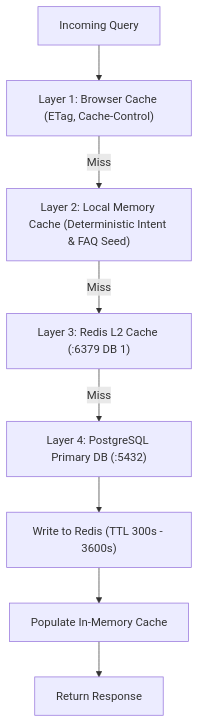
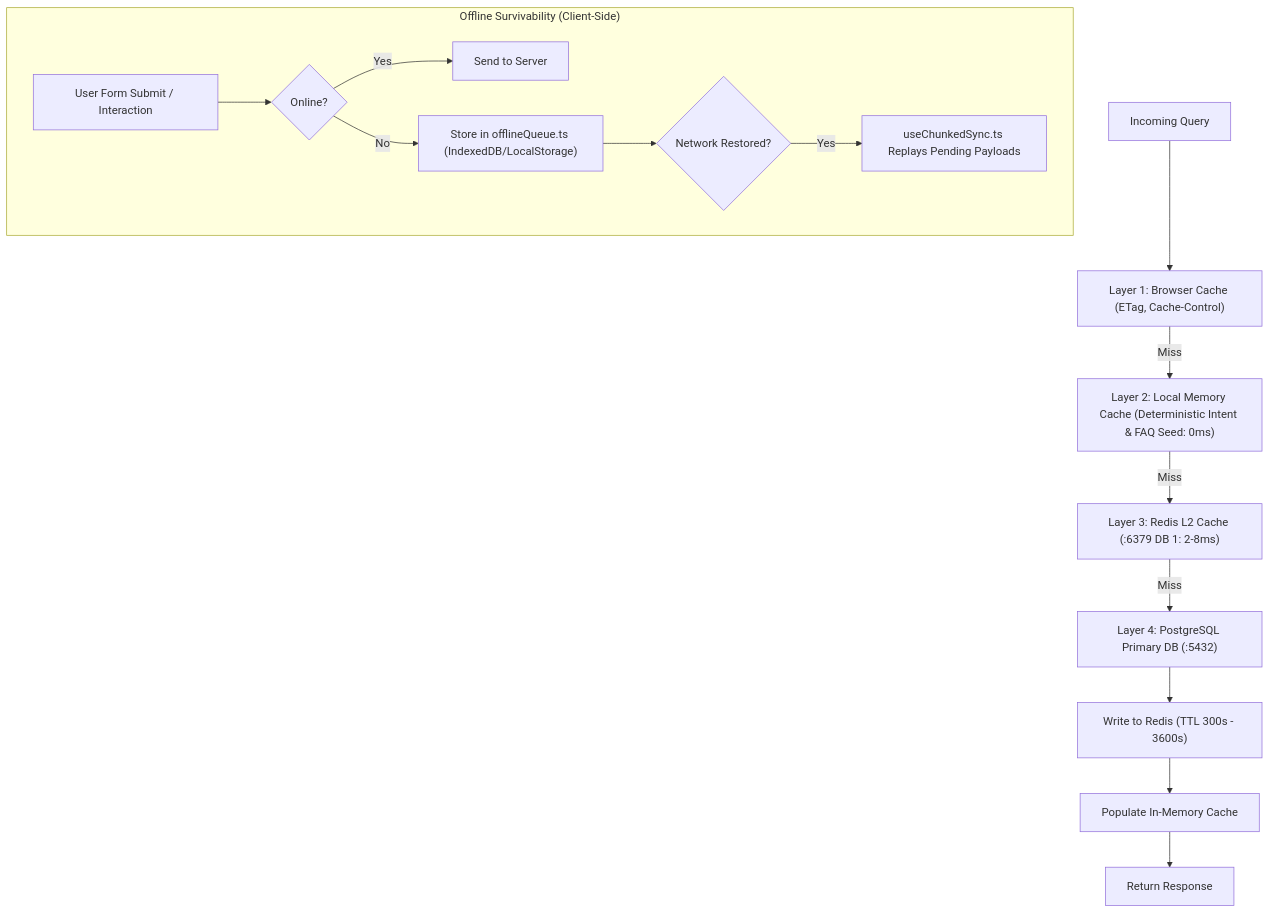
One commit to JMSuico/JRMSULibrary-web-PAGE changed the fourth of 7 diagrams in MASTER_SYSTEM_ARCHITECTURE.md. Above: the diagram before and after it, drawn with Mermaid. The commit also changed other lines of this file and 77 other files, not shown here.

Commit message:
feat: autonomous document knowledge extraction daemon, anti-download canvas protection, authentic JRMSU UI restoration, and SQL Server schema sync

````diff
--- a/MASTER_SYSTEM_ARCHITECTURE.md
+++ b/MASTER_SYSTEM_ARCHITECTURE.md
@@ -171,10 +369,18 @@
 ```mermaid
 flowchart TD
     Req["Incoming Query"] --> L1["Layer 1: Browser Cache (ETag, Cache-Control)"]
-    L1 -- Miss --> L2["Layer 2: Local Memory Cache (Deterministic Intent & FAQ Seed)"]
-    L2 -- Miss --> L3["Layer 3: Redis L2 Cache (:6379 DB 1)"]
+    L1 -- Miss --> L2["Layer 2: Local Memory Cache (Deterministic Intent & FAQ Seed: 0ms)"]
+    L2 -- Miss --> L3["Layer 3: Redis L2 Cache (:6379 DB 1: 2-8ms)"]
     L3 -- Miss --> L4["Layer 4: PostgreSQL Primary DB (:5432)"]
     L4 --> Write_L3["Write to Redis (TTL 300s - 3600s)"]
     Write_L3 --> Write_L2["Populate In-Memory Cache"]
     Write_L2 --> Resp["Return Response"]
+
+    subgraph Offline["Offline Survivability (Client-Side)"]
+        ClientReq["User Form Submit / Interaction"] --> NetCheck{"Online?"}
+        NetCheck -- Yes --> Daphne["Send to Server"]
+        NetCheck -- No --> Queue["Store in offlineQueue.ts (IndexedDB/LocalStorage)"]
+        Queue --> Reconnect{"Network Restored?"}
+        Reconnect -- Yes --> Replay["useChunkedSync.ts Replays Pending Payloads"]
+    end
 ```
````
